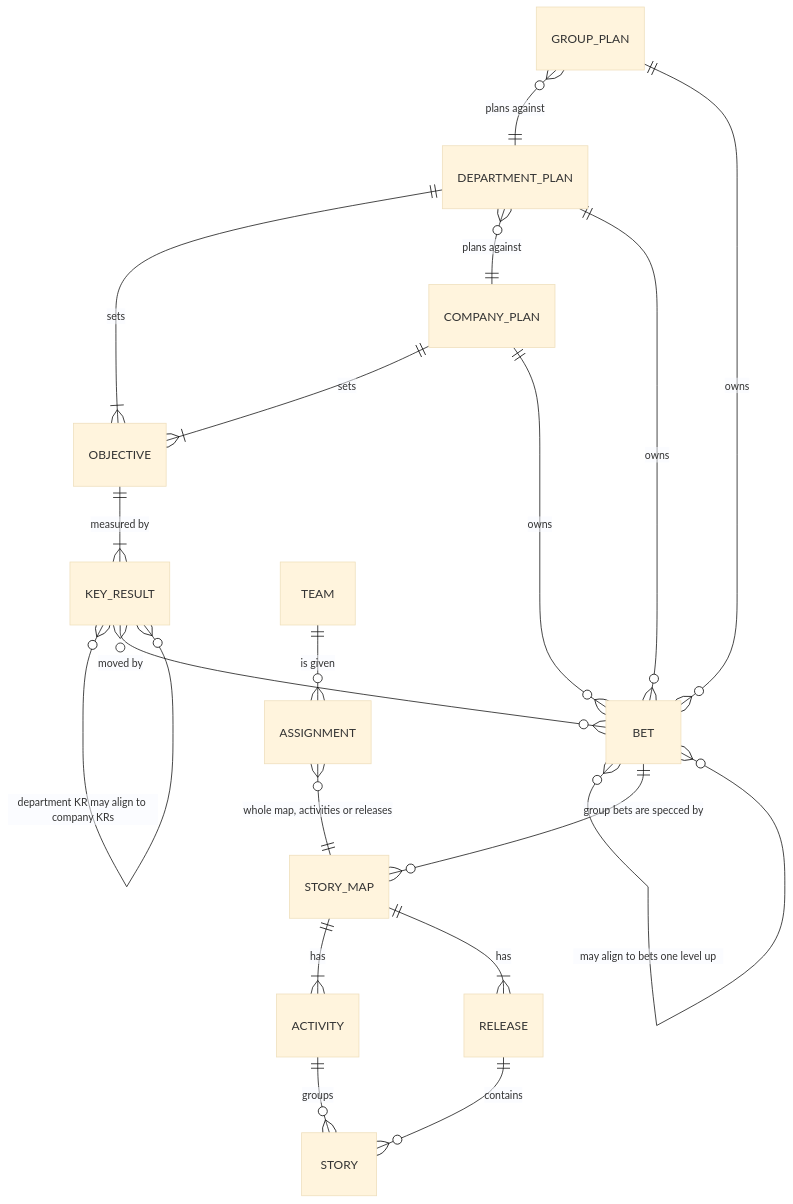
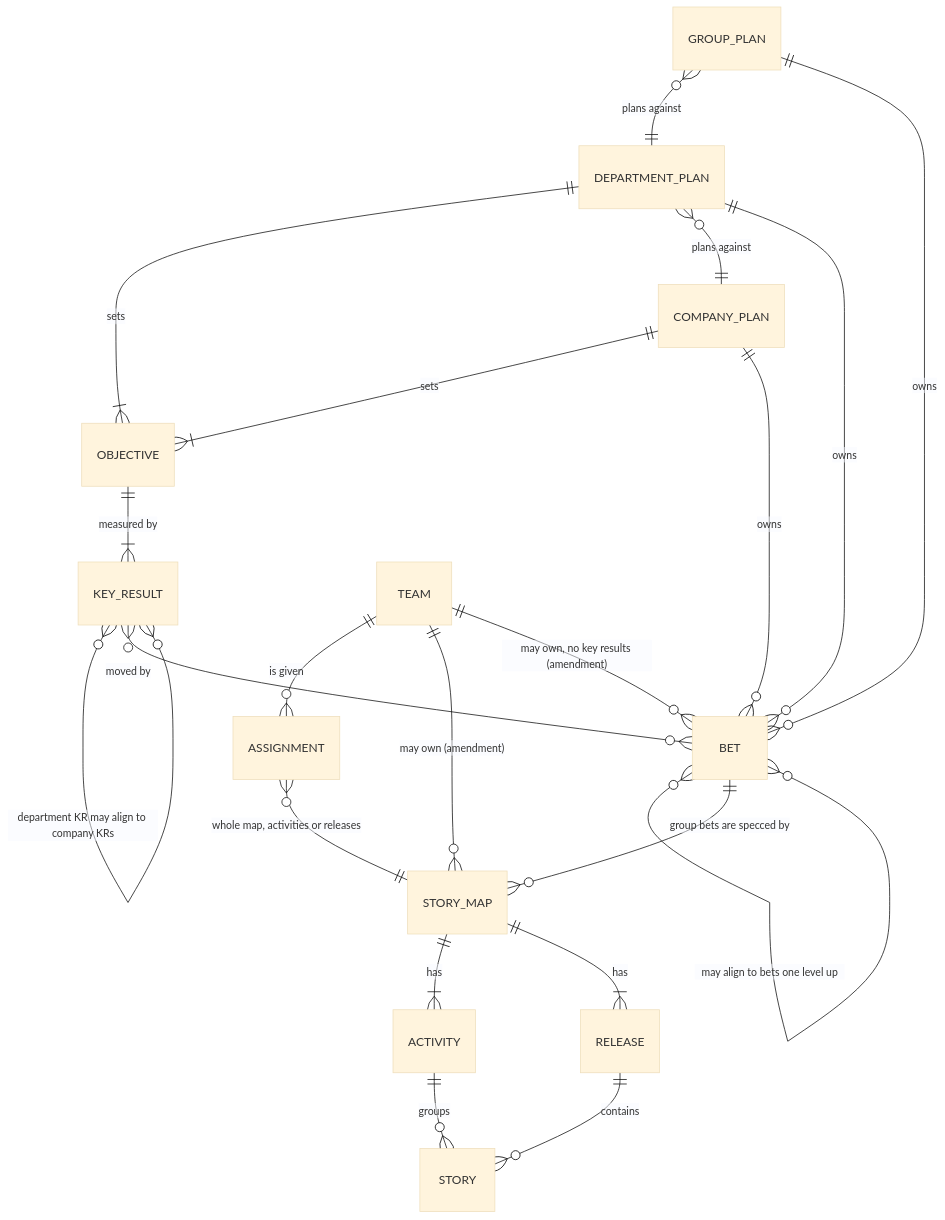
The diagram in docs/rfcs/plans-bets-story-maps.md (nikovijay/NikOS), drawn with Mermaid (base theme) before and after one commit. The commit also changed other lines of this file, not shown here.

Commit message:
RFC amendment: teams that own a story map (#82)

````diff
--- a/docs/rfcs/plans-bets-story-maps.md
+++ b/docs/rfcs/plans-bets-story-maps.md
@@ -207,21 +320,23 @@
 ```mermaid
 erDiagram
   COMPANY_PLAN ||--|{ OBJECTIVE : sets
   DEPARTMENT_PLAN ||--|{ OBJECTIVE : sets
   DEPARTMENT_PLAN }o--|| COMPANY_PLAN : "plans against"
   GROUP_PLAN }o--|| DEPARTMENT_PLAN : "plans against"
   OBJECTIVE ||--|{ KEY_RESULT : "measured by"
   KEY_RESULT }o--o{ KEY_RESULT : "department KR may align to company KRs"
   COMPANY_PLAN ||--o{ BET : owns
   DEPARTMENT_PLAN ||--o{ BET : owns
   GROUP_PLAN ||--o{ BET : owns
   KEY_RESULT }o--o{ BET : "moved by"
   BET }o--o{ BET : "may align to bets one level up"
   BET ||--o{ STORY_MAP : "group bets are specced by"
   STORY_MAP ||--|{ ACTIVITY : has
   STORY_MAP ||--|{ RELEASE : has
   RELEASE ||--o{ STORY : contains
   ACTIVITY ||--o{ STORY : groups
   TEAM ||--o{ ASSIGNMENT : "is given"
+  TEAM ||--o{ STORY_MAP : "may own (amendment)"
+  TEAM ||--o{ BET : "may own, no key results (amendment)"
   ASSIGNMENT }o--|| STORY_MAP : "whole map, activities or releases"
 ```
````
